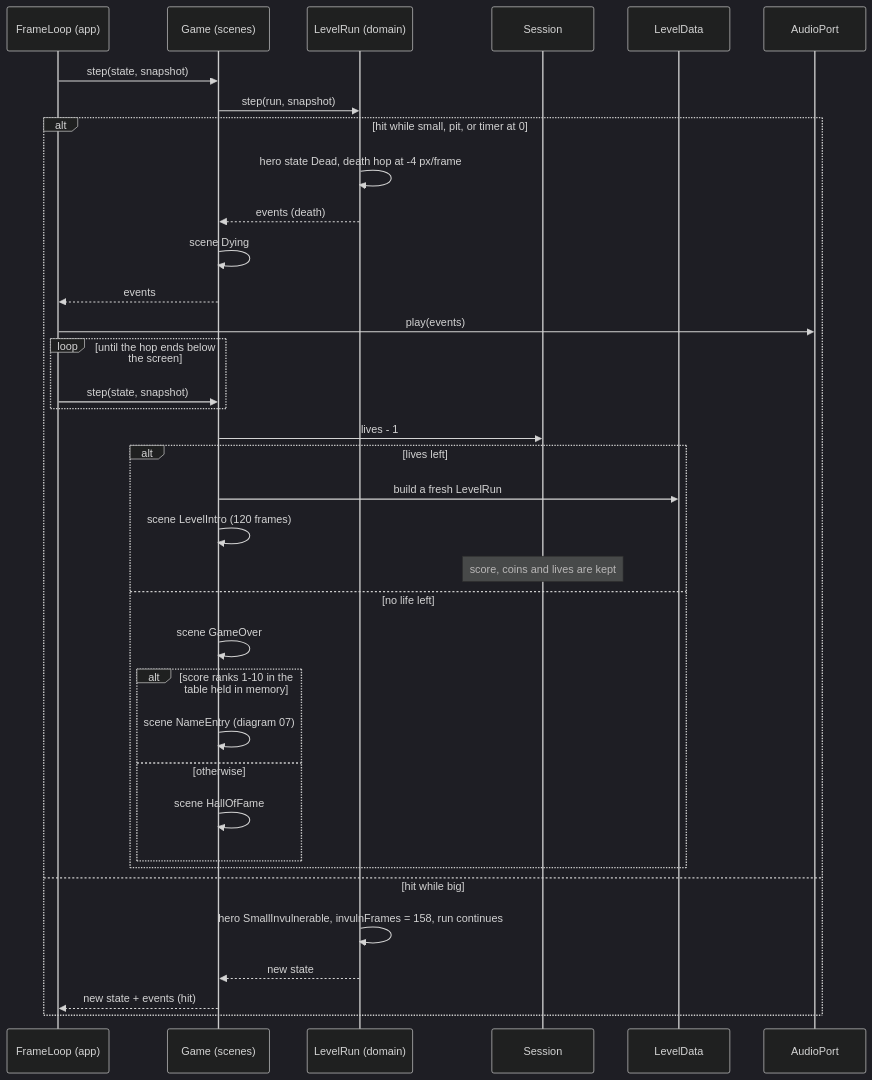
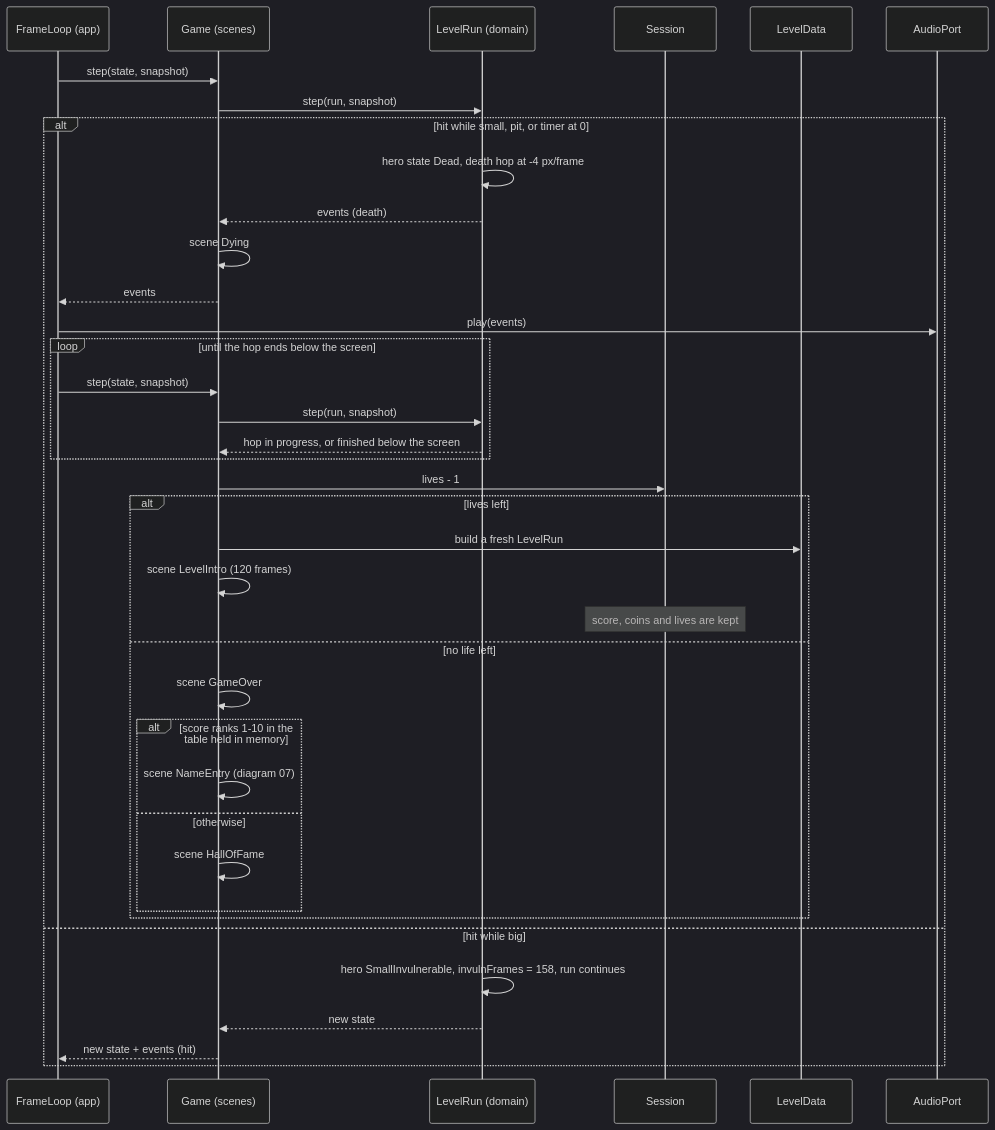
One commit to benoit-bremaud/retro-plumber changed the diagram in docs/architecture/diagrams/gameplay/13-sequence-death-retry.md. Above: the diagram before and after it, drawn with Mermaid (dark theme). The commit also changed 1 other file, not shown here.

Commit message:
docs(uml): address ninth Codex review on sequences 10, 13 (#7)

````diff
--- a/docs/architecture/diagrams/gameplay/13-sequence-death-retry.md
+++ b/docs/architecture/diagrams/gameplay/13-sequence-death-retry.md
@@ -13,38 +13,40 @@
 ```mermaid
 sequenceDiagram
     participant FL as FrameLoop (app)
     participant G as Game (scenes)
     participant LR as LevelRun (domain)
     participant Sess as Session
     participant LD as LevelData
     participant Snd as AudioPort
     FL->>G: step(state, snapshot)
     G->>LR: step(run, snapshot)
     alt hit while small, pit, or timer at 0
         LR->>LR: hero state Dead, death hop at -4 px/frame
         LR-->>G: events (death)
         G->>G: scene Dying
         G-->>FL: events
         FL->>Snd: play(events)
         loop until the hop ends below the screen
             FL->>G: step(state, snapshot)
+            G->>LR: step(run, snapshot)
+            LR-->>G: hop in progress, or finished below the screen
         end
         G->>Sess: lives - 1
         alt lives left
             G->>LD: build a fresh LevelRun
             G->>G: scene LevelIntro (120 frames)
             Note over Sess: score, coins and lives are kept
         else no life left
             G->>G: scene GameOver
             alt score ranks 1-10 in the table held in memory
                 G->>G: scene NameEntry (diagram 07)
             else otherwise
                 G->>G: scene HallOfFame
             end
         end
     else hit while big
         LR->>LR: hero SmallInvulnerable, invulnFrames = 158, run continues
         LR-->>G: new state
         G-->>FL: new state + events (hit)
     end
 ```
````
